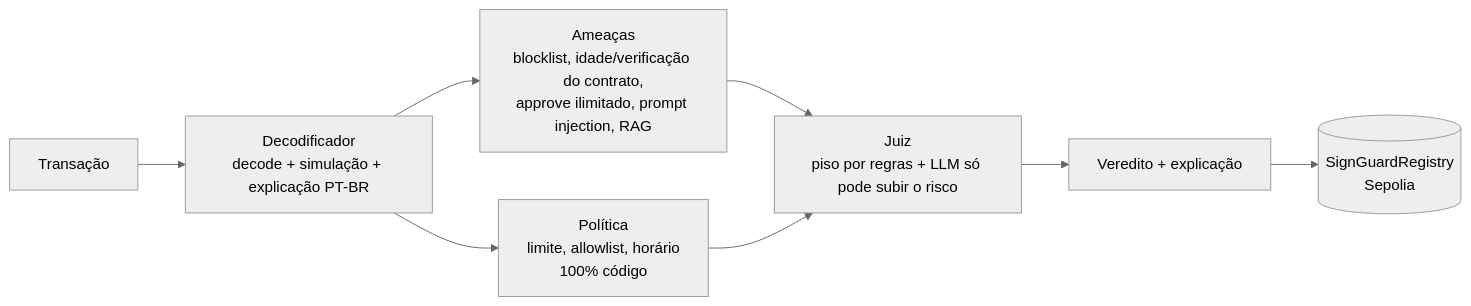
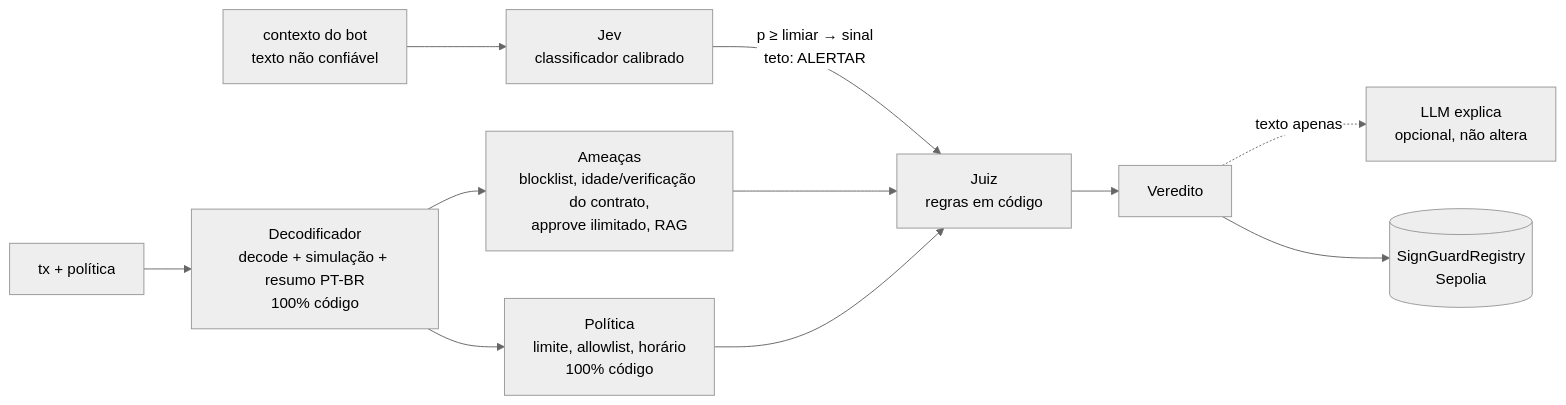
The diagram in README.md (rafael-zzz/SignGuard), drawn with Mermaid (neutral theme) before and after one commit. The commit also changed other lines of this file and 36 other files, not shown here.

````diff
--- a/README.md
+++ b/README.md
@@ -18,10 +21,13 @@
 ```mermaid
 flowchart LR
-  IN[Transação] --> D[Decodificador<br/>decode + simulação + explicação PT-BR]
-  D --> T[Ameaças<br/>blocklist, idade/verificação do contrato,<br/>approve ilimitado, prompt injection, RAG]
+  IN[tx + política] --> D[Decodificador<br/>decode + simulação + resumo PT-BR<br/>100% código]
+  CTX[contexto do bot<br/>texto não confiável] --> JEV[Jev<br/>classificador calibrado]
+  D --> T[Ameaças<br/>blocklist, idade/verificação do contrato,<br/>approve ilimitado, RAG]
   D --> P[Política<br/>limite, allowlist, horário<br/>100% código]
-  T --> J[Juiz<br/>piso por regras + LLM só pode subir o risco]
+  JEV -->|p ≥ limiar → sinal<br/>teto: ALERTAR| J
+  T --> J[Juiz<br/>regras em código]
   P --> J
-  J --> OUT[Veredito + explicação]
+  J --> OUT[Veredito]
+  OUT -.texto apenas.-> E[LLM explica<br/>opcional, não altera]
   OUT --> R[(SignGuardRegistry<br/>Sepolia)]
 ```
````
